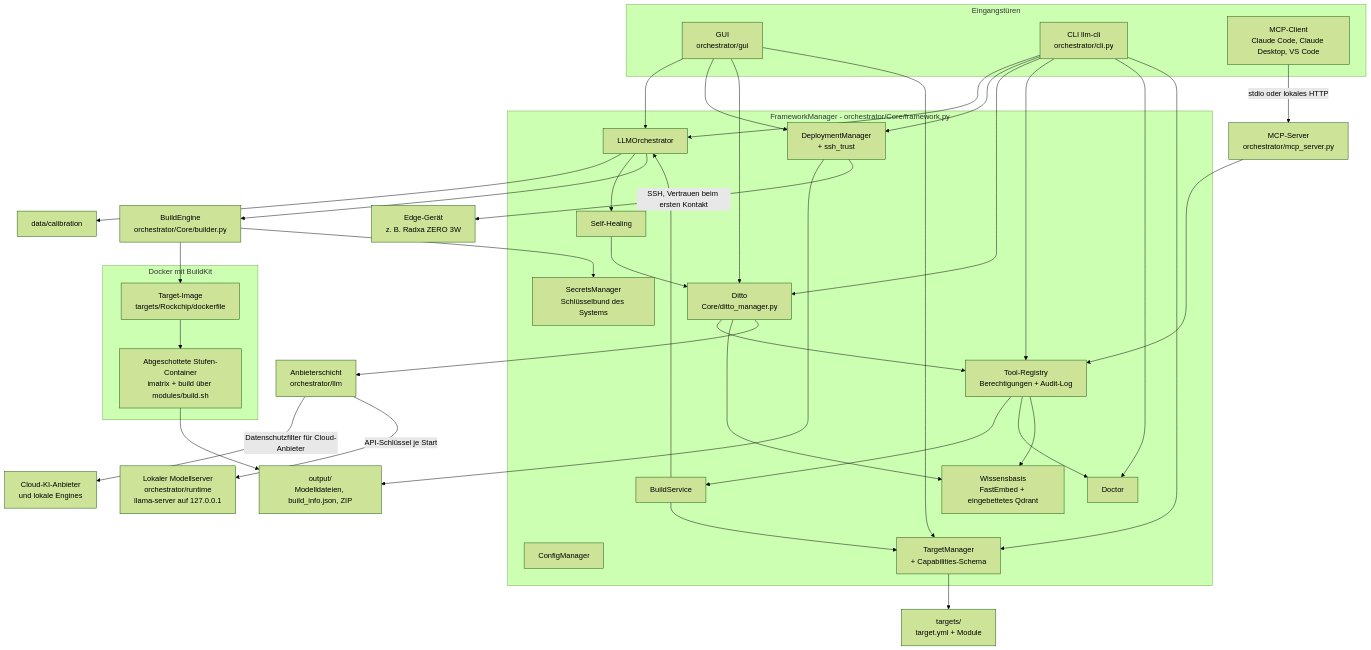
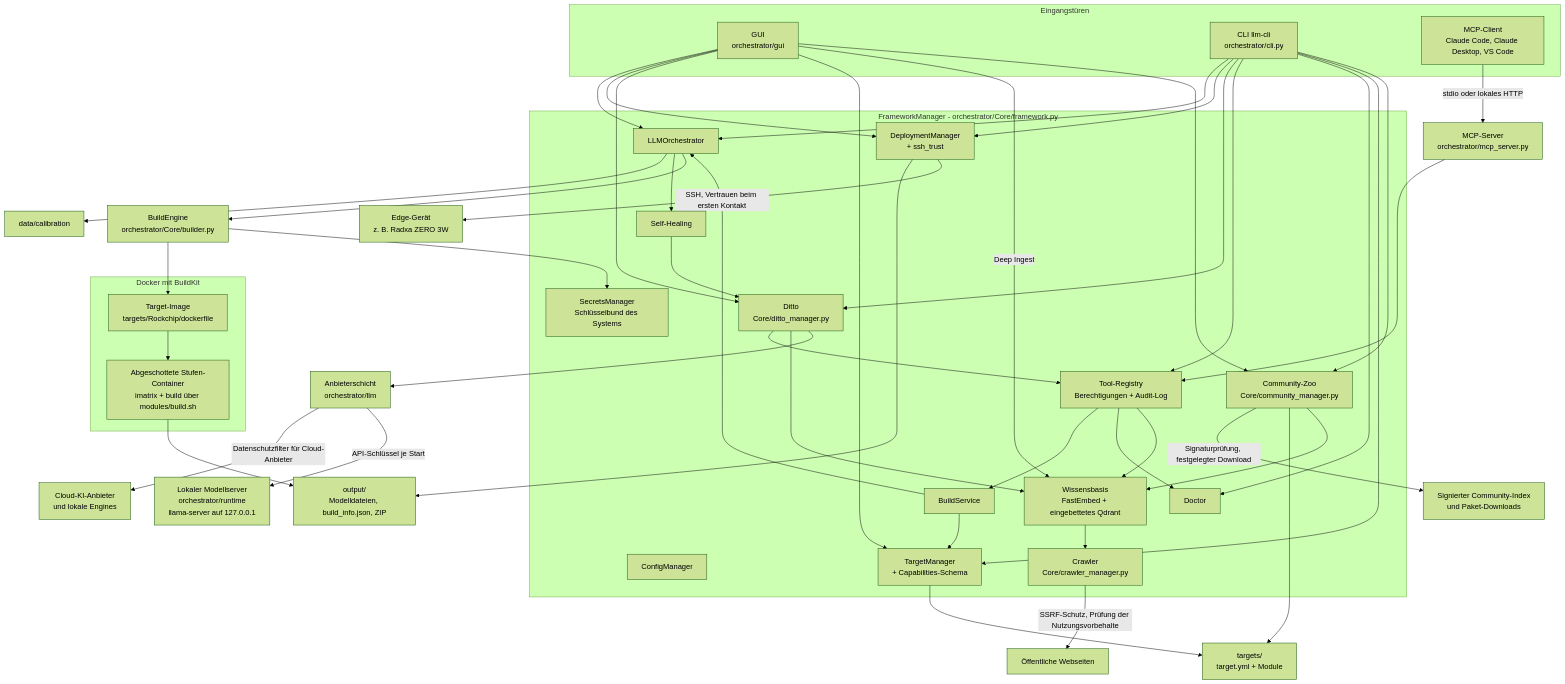
Before and after one commit to Smilez1985/LLM_Cross-Compiler_Framework: the first of 2 diagrams in docs/BLUEPRINT_DE.md, drawn with Mermaid (forest theme). The commit also changed other lines of this file and 1 other file, not shown here.

First line of the commit message:
Blueprint: design of crawler opt-outs, retrieval, community packs and input history

```diff
--- a/docs/BLUEPRINT_DE.md
+++ b/docs/BLUEPRINT_DE.md
@@ -98,6 +100,8 @@
         HEAL["Self-Healing"]
         DITTO["Ditto<br/>Core/ditto_manager.py"]
         RAG["Wissensbasis<br/>FastEmbed + eingebettetes Qdrant"]
+        CRAWL["Crawler<br/>Core/crawler_manager.py"]
+        ZOO["Community-Zoo<br/>Core/community_manager.py"]
         DOC["Doctor"]
         DEP["DeploymentManager<br/>+ ssh_trust"]
     end
@@ -105,6 +109,8 @@
     LLM["Anbieterschicht<br/>orchestrator/llm"]
     RT["Lokaler Modellserver<br/>orchestrator/runtime<br/>llama-server auf 127.0.0.1"]
     CLOUD["Cloud-KI-Anbieter<br/>und lokale Engines"]
+    WEB["Öffentliche Webseiten"]
+    IDX["Signierter Community-Index<br/>und Paket-Downloads"]
 
     BE["BuildEngine<br/>orchestrator/Core/builder.py"]
     subgraph Docker["Docker mit BuildKit"]
@@ -139,6 +145,14 @@
     ORC --> HEAL
     HEAL --> DITTO
     DITTO --> RAG
+    GUI -->|"Deep Ingest"| RAG
+    RAG --> CRAWL
+    CRAWL -->|"SSRF-Schutz, Prüfung der Nutzungsvorbehalte"| WEB
+    GUI --> ZOO
+    CLI --> ZOO
+    ZOO -->|"Signaturprüfung, festgelegter Download"| IDX
+    ZOO --> TGT
+    ZOO --> RAG
     DITTO --> LLM
     LLM -->|"Datenschutzfilter für Cloud-Anbieter"| CLOUD
     LLM -->|"API-Schlüssel je Start"| RT
```
